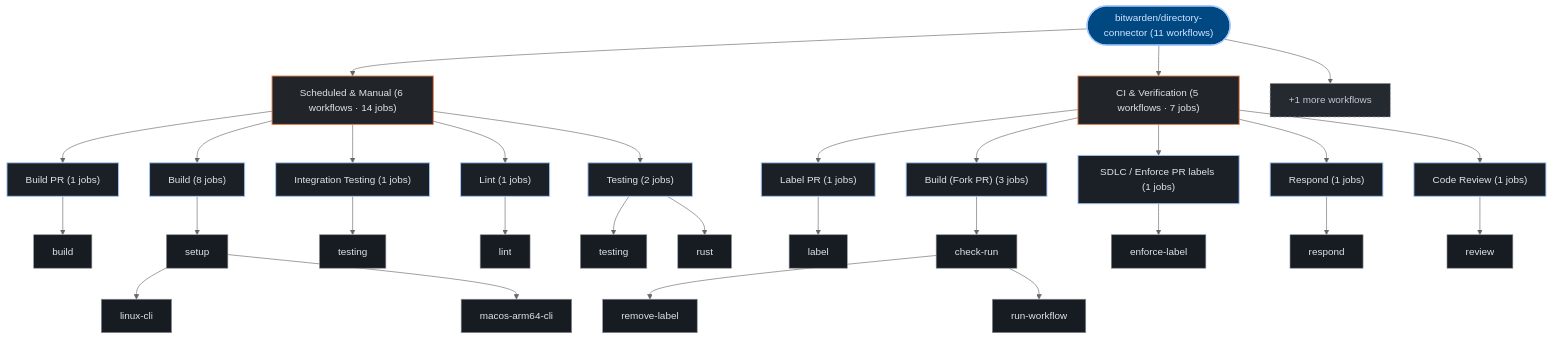
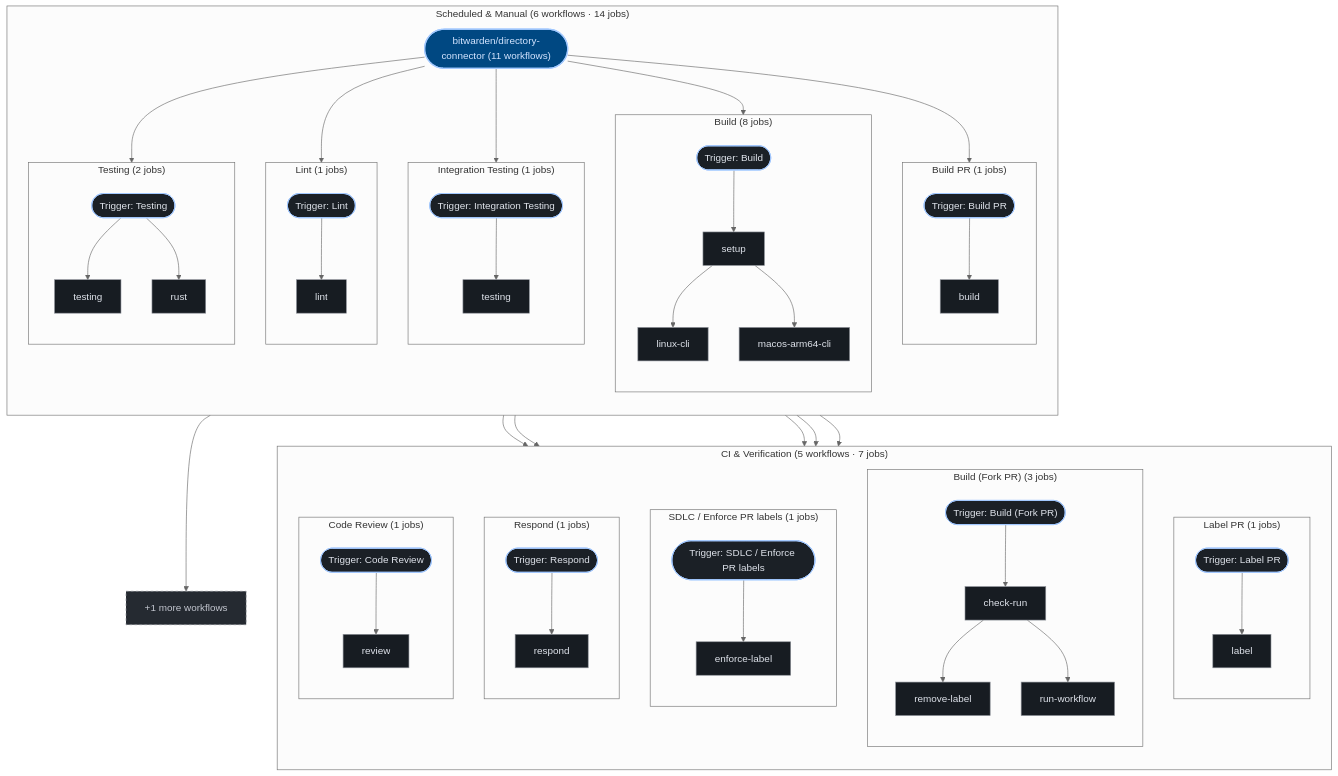
One commit to kumarshaz/atruss-code-atlas changed the third of 3 diagrams in exports/latest/reports/bitwarden-directory-connector-report.md. Above: the diagram before and after it, drawn with Mermaid (neutral theme). The commit also changed 181 other files, not shown here.

````diff
--- a/exports/latest/reports/bitwarden-directory-connector-report.md
+++ b/exports/latest/reports/bitwarden-directory-connector-report.md
@@ -301,60 +301,92 @@
   classDef atlasAlert fill:#93000a,stroke:#ffb4ab,stroke-width:1.5px,color:#ffdad6
   classDef atlasMore fill:#252a31,stroke:#8d9199,stroke-dasharray:4 4,color:#c3c6cf
   pipeline_root(["bitwarden/directory-connector (11 workflows)"]):::atlasRoot
-  grp_0_Scheduled___Manual["Scheduled & Manual (6 workflows · 14 jobs)"]:::atlasCategory
-  pipeline_root --> grp_0_Scheduled___Manual
-  wf_1_Build_PR["Build PR (1 jobs)"]:::atlasWorkflow
-  grp_0_Scheduled___Manual --> wf_1_Build_PR
-  job_1_build["build"]:::atlasJob
-  wf_1_Build_PR --> job_1_build
-  wf_3_Build["Build (8 jobs)"]:::atlasWorkflow
-  grp_0_Scheduled___Manual --> wf_3_Build
-  job_3_setup["setup"]:::atlasJob
-  job_3_linux_cli["linux-cli"]:::atlasJob
-  job_3_macos_arm64_cli["macos-arm64-cli"]:::atlasJob
-  wf_3_Build --> job_3_setup
-  job_3_setup --> job_3_linux_cli
-  job_3_setup --> job_3_macos_arm64_cli
-  wf_5_Integration_Testing["Integration Testing (1 jobs)"]:::atlasWorkflow
-  grp_0_Scheduled___Manual --> wf_5_Integration_Testing
-  job_5_testing["testing"]:::atlasJob
-  wf_5_Integration_Testing --> job_5_testing
-  wf_6_Lint["Lint (1 jobs)"]:::atlasWorkflow
-  grp_0_Scheduled___Manual --> wf_6_Lint
-  job_6_lint["lint"]:::atlasJob
-  wf_6_Lint --> job_6_lint
-  wf_9_Testing["Testing (2 jobs)"]:::atlasWorkflow
-  grp_0_Scheduled___Manual --> wf_9_Testing
-  job_9_testing["testing"]:::atlasJob
-  job_9_rust["rust"]:::atlasJob
-  wf_9_Testing --> job_9_testing
-  wf_9_Testing --> job_9_rust
-  grp_1_CI___Verification["CI & Verification (5 workflows · 7 jobs)"]:::atlasCategory
-  pipeline_root --> grp_1_CI___Verification
-  wf_0_Label_PR["Label PR (1 jobs)"]:::atlasWorkflow
-  grp_1_CI___Verification --> wf_0_Label_PR
-  job_0_label["label"]:::atlasJob
-  wf_0_Label_PR --> job_0_label
-  wf_2_Build__Fork_PR_["Build (Fork PR) (3 jobs)"]:::atlasWorkflow
-  grp_1_CI___Verification --> wf_2_Build__Fork_PR_
-  job_2_check_run["check-run"]:::atlasJob
-  job_2_remove_label["remove-label"]:::atlasJob
-  job_2_run_workflow["run-workflow"]:::atlasJob
-  wf_2_Build__Fork_PR_ --> job_2_check_run
-  job_2_check_run --> job_2_remove_label
-  job_2_check_run --> job_2_run_workflow
-  wf_4_SDLC___Enforce_PR_labels["SDLC / Enforce PR labels (1 jobs)"]:::atlasWorkflow
-  grp_1_CI___Verification --> wf_4_SDLC___Enforce_PR_labels
-  job_4_enforce_label["enforce-label"]:::atlasJob
-  wf_4_SDLC___Enforce_PR_labels --> job_4_enforce_label
-  wf_7_Respond["Respond (1 jobs)"]:::atlasWorkflow
-  grp_1_CI___Verification --> wf_7_Respond
-  job_7_respond["respond"]:::atlasJob
-  wf_7_Respond --> job_7_respond
-  wf_8_Code_Review["Code Review (1 jobs)"]:::atlasWorkflow
-  grp_1_CI___Verification --> wf_8_Code_Review
-  job_8_review["review"]:::atlasJob
-  wf_8_Code_Review --> job_8_review
+  subgraph sg_grp_0_Scheduled___Manual["Scheduled & Manual (6 workflows · 14 jobs)"]
+    direction TB
+    subgraph sg_wf_1_Build_PR["Build PR (1 jobs)"]
+      direction TB
+      wf_1_Build_PR(["Trigger: Build PR"]):::atlasWorkflow
+      job_1_build["build"]:::atlasJob
+      wf_1_Build_PR --> job_1_build
+    end
+    pipeline_root --> wf_1_Build_PR
+    subgraph sg_wf_3_Build["Build (8 jobs)"]
+      direction TB
+      wf_3_Build(["Trigger: Build"]):::atlasWorkflow
+      job_3_setup["setup"]:::atlasJob
+      job_3_linux_cli["linux-cli"]:::atlasJob
+      job_3_macos_arm64_cli["macos-arm64-cli"]:::atlasJob
+      wf_3_Build --> job_3_setup
+      job_3_setup --> job_3_linux_cli
+      job_3_setup --> job_3_macos_arm64_cli
+    end
+    pipeline_root --> wf_3_Build
+    subgraph sg_wf_5_Integration_Testing["Integration Testing (1 jobs)"]
+      direction TB
+      wf_5_Integration_Testing(["Trigger: Integration Testing"]):::atlasWorkflow
+      job_5_testing["testing"]:::atlasJob
+      wf_5_Integration_Testing --> job_5_testing
+    end
+    pipeline_root --> wf_5_Integration_Testing
+    subgraph sg_wf_6_Lint["Lint (1 jobs)"]
+      direction TB
+      wf_6_Lint(["Trigger: Lint"]):::atlasWorkflow
+      job_6_lint["lint"]:::atlasJob
+      wf_6_Lint --> job_6_lint
+    end
+    pipeline_root --> wf_6_Lint
+    subgraph sg_wf_9_Testing["Testing (2 jobs)"]
+      direction TB
+      wf_9_Testing(["Trigger: Testing"]):::atlasWorkflow
+      job_9_testing["testing"]:::atlasJob
+      job_9_rust["rust"]:::atlasJob
+      wf_9_Testing --> job_9_testing
+      wf_9_Testing --> job_9_rust
+    end
+    pipeline_root --> wf_9_Testing
+  end
+  subgraph sg_grp_1_CI___Verification["CI & Verification (5 workflows · 7 jobs)"]
+    direction TB
+    subgraph sg_wf_0_Label_PR["Label PR (1 jobs)"]
+      direction TB
+      wf_0_Label_PR(["Trigger: Label PR"]):::atlasWorkflow
+      job_0_label["label"]:::atlasJob
+      wf_0_Label_PR --> job_0_label
+    end
+    pipeline_root --> wf_0_Label_PR
+    subgraph sg_wf_2_Build__Fork_PR_["Build (Fork PR) (3 jobs)"]
+      direction TB
+      wf_2_Build__Fork_PR_(["Trigger: Build (Fork PR)"]):::atlasWorkflow
+      job_2_check_run["check-run"]:::atlasJob
+      job_2_remove_label["remove-label"]:::atlasJob
+      job_2_run_workflow["run-workflow"]:::atlasJob
+      wf_2_Build__Fork_PR_ --> job_2_check_run
+      job_2_check_run --> job_2_remove_label
+      job_2_check_run --> job_2_run_workflow
+    end
+    pipeline_root --> wf_2_Build__Fork_PR_
+    subgraph sg_wf_4_SDLC___Enforce_PR_labels["SDLC / Enforce PR labels (1 jobs)"]
+      direction TB
+      wf_4_SDLC___Enforce_PR_labels(["Trigger: SDLC / Enforce PR labels"]):::atlasWorkflow
+      job_4_enforce_label["enforce-label"]:::atlasJob
+      wf_4_SDLC___Enforce_PR_labels --> job_4_enforce_label
+    end
+    pipeline_root --> wf_4_SDLC___Enforce_PR_labels
+    subgraph sg_wf_7_Respond["Respond (1 jobs)"]
+      direction TB
+      wf_7_Respond(["Trigger: Respond"]):::atlasWorkflow
+      job_7_respond["respond"]:::atlasJob
+      wf_7_Respond --> job_7_respond
+    end
+    pipeline_root --> wf_7_Respond
+    subgraph sg_wf_8_Code_Review["Code Review (1 jobs)"]
+      direction TB
+      wf_8_Code_Review(["Trigger: Code Review"]):::atlasWorkflow
+      job_8_review["review"]:::atlasJob
+      wf_8_Code_Review --> job_8_review
+    end
+    pipeline_root --> wf_8_Code_Review
+  end
   wf_more["+1 more workflows"]:::atlasMore
   pipeline_root --> wf_more
 ```
````
